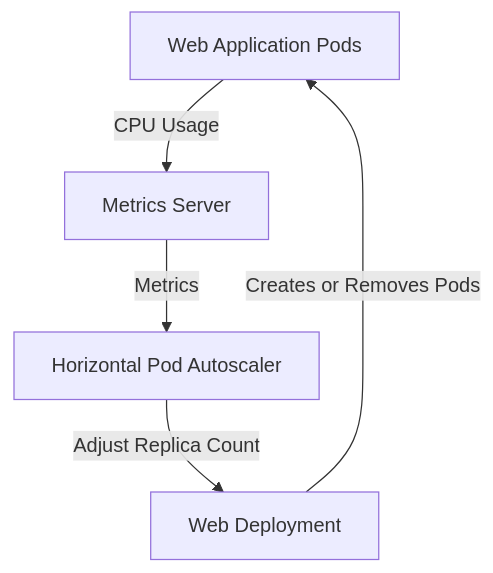
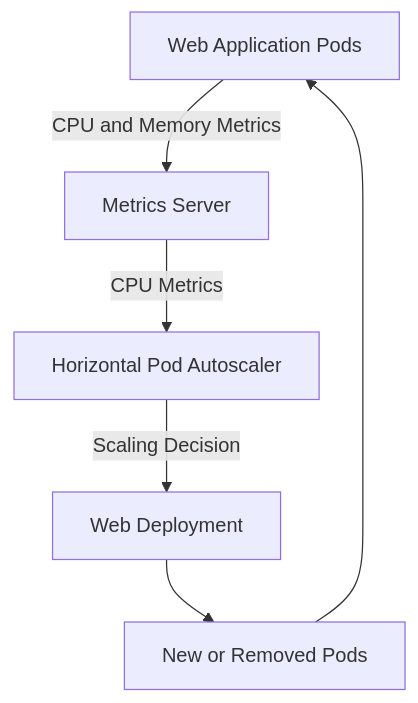
The second of 2 diagrams in README.md (Ahsan-Ahmad-Khan/visitor-counter-cloud), drawn with Mermaid before and after one commit. The commit also changed other lines of this file, not shown here.

````diff
--- a/README.md
+++ b/README.md
@@ -58,12 +72,14 @@
 ```mermaid
 flowchart TD
-    W["Web Application Pods"]
-    M["Metrics Server"]
-    H["Horizontal Pod Autoscaler"]
+    A["Web Application Pods"]
+    B["Metrics Server"]
+    C["Horizontal Pod Autoscaler"]
     D["Web Deployment"]
+    E["New or Removed Pods"]
 
-    W -->|"CPU Usage"| M
-    M -->|"Metrics"| H
-    H -->|"Adjust Replica Count"| D
-    D -->|"Creates or Removes Pods"| W
+    A -->|"CPU and Memory Metrics"| B
+    B -->|"CPU Metrics"| C
+    C -->|"Scaling Decision"| D
+    D --> E
+    E --> A
 ```
````
